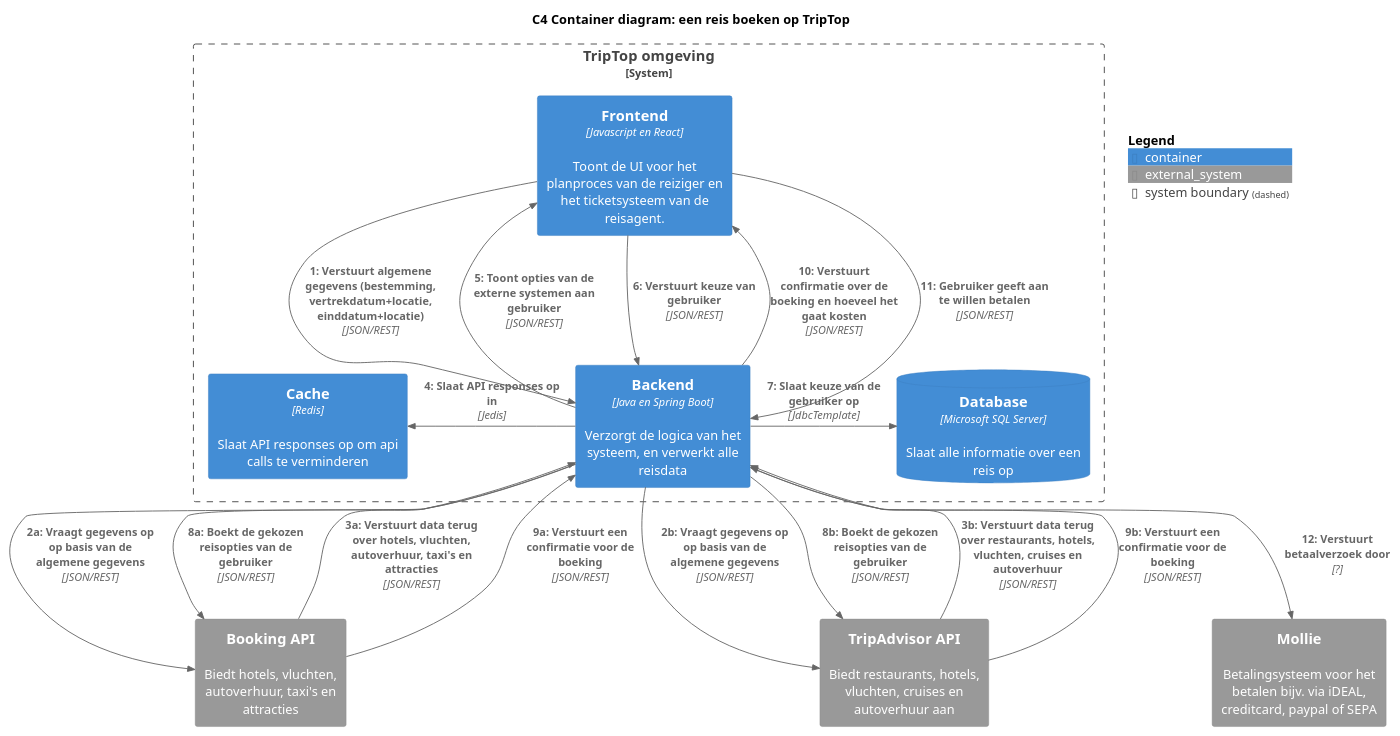
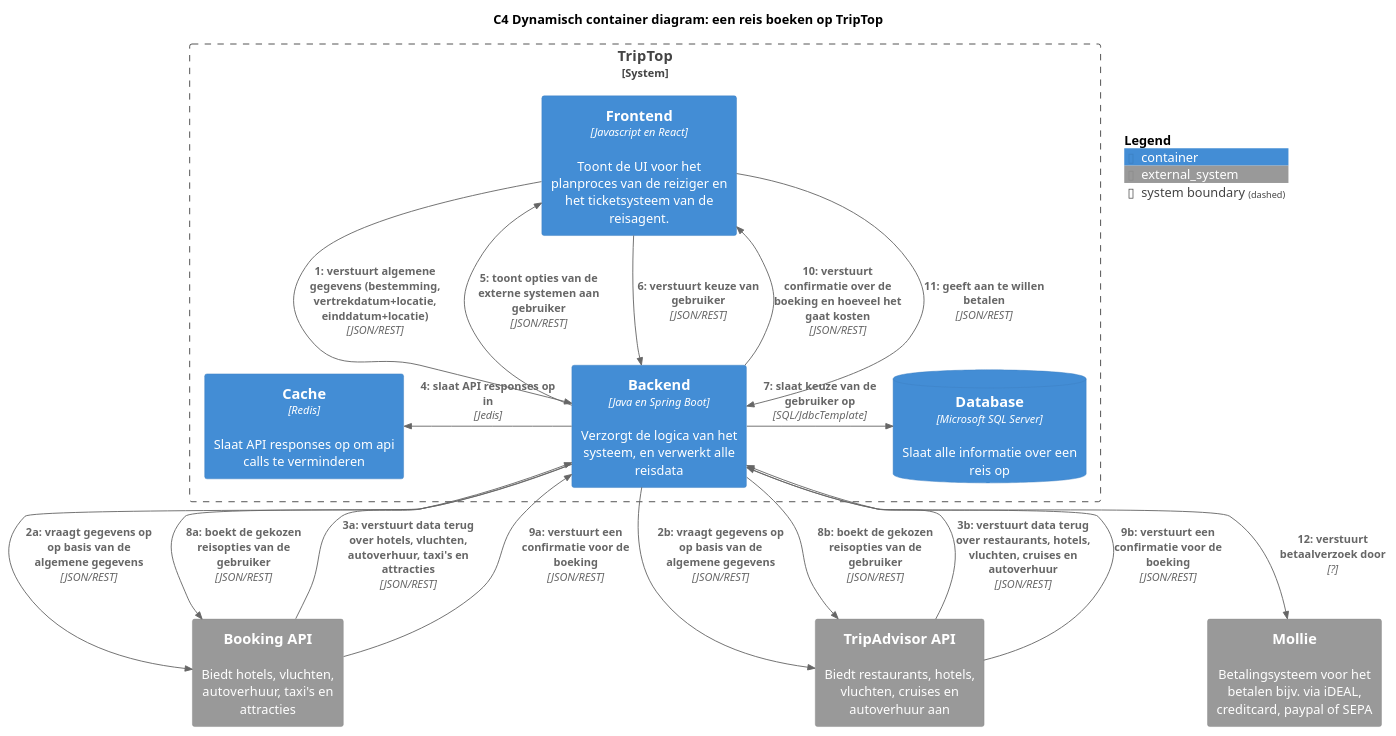
One commit to AIM-ENE-feb25/triptop-groep-4-jochem-roald-stijn-a changed the diagram in software-guidebook/sgb-bestanden/dynamisch-container-diagram-reis-boeken.puml. Above: the diagram before and after it, drawn with PlantUML. The commit also changed 10 other files, not shown here.

```diff
--- a/software-guidebook/sgb-bestanden/dynamisch-container-diagram-reis-boeken.puml
+++ b/software-guidebook/sgb-bestanden/dynamisch-container-diagram-reis-boeken.puml
@@ -1,52 +1,52 @@
 @startuml
-title C4 Container diagram: een reis boeken op TripTop
+title C4 Dynamisch container diagram: een reis boeken op TripTop
 !include <C4/C4_Container.puml>
 
 top to bottom direction
 
 SHOW_PERSON_OUTLINE()
 
-System_Boundary(system, "TripTop omgeving") {
+System_Boundary(system, "TripTop") {
     Container(frontend, "Frontend", "Javascript en React", "Toont de UI voor het planproces van de reiziger en het ticketsysteem van de reisagent.")
     Container(backend, "Backend", "Java en Spring Boot", "Verzorgt de logica van het systeem, en verwerkt alle reisdata")
     ContainerDb(db, "Database", "Microsoft SQL Server", "Slaat alle informatie over een reis op")
     Container(cache, "Cache", "Redis", "Slaat API responses op om api calls te verminderen")
 }
 
 System_Ext(booking, "Booking API", "Biedt hotels, vluchten, autoverhuur, taxi's en attracties")
 System_Ext(tripadvisor, "TripAdvisor API", "Biedt restaurants, hotels, vluchten, cruises en autoverhuur aan")
 System_Ext(mollie, "Mollie", "Betalingsysteem voor het betalen bijv. via iDEAL, creditcard, paypal of SEPA")
 
 ' BOOKING A TRIP
-Rel_D(frontend, backend, "1: Verstuurt algemene gegevens (bestemming, vertrekdatum+locatie, einddatum+locatie)", "JSON/REST")
+Rel_D(frontend, backend, "1: verstuurt algemene gegevens (bestemming, vertrekdatum+locatie, einddatum+locatie)", "JSON/REST")
 
-Rel(backend, booking, "2a: Vraagt gegevens op op basis van de algemene gegevens", "JSON/REST")
-Rel(backend, tripadvisor, "2b: Vraagt gegevens op op basis van de algemene gegevens", "JSON/REST")
+Rel(backend, booking, "2a: vraagt gegevens op op basis van de algemene gegevens", "JSON/REST")
+Rel(backend, tripadvisor, "2b: vraagt gegevens op op basis van de algemene gegevens", "JSON/REST")
 
-Rel(booking, backend, "3a: Verstuurt data terug over hotels, vluchten, autoverhuur, taxi's en attracties", "JSON/REST")
-Rel(tripadvisor, backend, "3b: Verstuurt data terug over restaurants, hotels, vluchten, cruises en autoverhuur", "JSON/REST")
+Rel(booking, backend, "3a: verstuurt data terug over hotels, vluchten, autoverhuur, taxi's en attracties", "JSON/REST")
+Rel(tripadvisor, backend, "3b: verstuurt data terug over restaurants, hotels, vluchten, cruises en autoverhuur", "JSON/REST")
 
-Rel_L(backend, cache, "4: Slaat API responses op in", "Jedis")
+Rel_L(backend, cache, "4: slaat API responses op in", "Jedis")
 
-Rel_U(backend, frontend, "5: Toont opties van de externe systemen aan gebruiker", "JSON/REST")
+Rel_U(backend, frontend, "5: toont opties van de externe systemen aan gebruiker", "JSON/REST")
 
-Rel_D(frontend, backend, "6: Verstuurt keuze van gebruiker", "JSON/REST")
+Rel_D(frontend, backend, "6: verstuurt keuze van gebruiker", "JSON/REST")
 
-Rel_R(backend, db, "7: Slaat keuze van de gebruiker op", "JdbcTemplate")
+Rel_R(backend, db, "7: slaat keuze van de gebruiker op", "SQL/JdbcTemplate")
 
-Rel(backend, booking, "8a: Boekt de gekozen reisopties van de gebruiker", "JSON/REST")
-Rel(backend, tripadvisor, "8b: Boekt de gekozen reisopties van de gebruiker", "JSON/REST")
+Rel(backend, booking, "8a: boekt de gekozen reisopties van de gebruiker", "JSON/REST")
+Rel(backend, tripadvisor, "8b: boekt de gekozen reisopties van de gebruiker", "JSON/REST")
 
-Rel(booking, backend, "9a: Verstuurt een confirmatie voor de boeking", "JSON/REST")
-Rel(tripadvisor, backend, "9b: Verstuurt een confirmatie voor de boeking", "JSON/REST")
+Rel(booking, backend, "9a: verstuurt een confirmatie voor de boeking", "JSON/REST")
+Rel(tripadvisor, backend, "9b: verstuurt een confirmatie voor de boeking", "JSON/REST")
 
-Rel_U(backend, frontend, "10: Verstuurt confirmatie over de boeking en hoeveel het gaat kosten", "JSON/REST")
+Rel_U(backend, frontend, "10: verstuurt confirmatie over de boeking en hoeveel het gaat kosten", "JSON/REST")
 
-Rel_D(frontend, backend, "11: Gebruiker geeft aan te willen betalen", "JSON/REST")
-Rel(backend, mollie, "12: Verstuurt betaalverzoek door", "?")
+Rel_D(frontend, backend, "11: geeft aan te willen betalen", "JSON/REST")
+Rel(backend, mollie, "12: verstuurt betaalverzoek door", "?")
 
 ' TODO: Zoek uit hoe mollie werkt en vul de relatie in
 
 SHOW_FLOATING_LEGEND()
 
 @enduml
```
